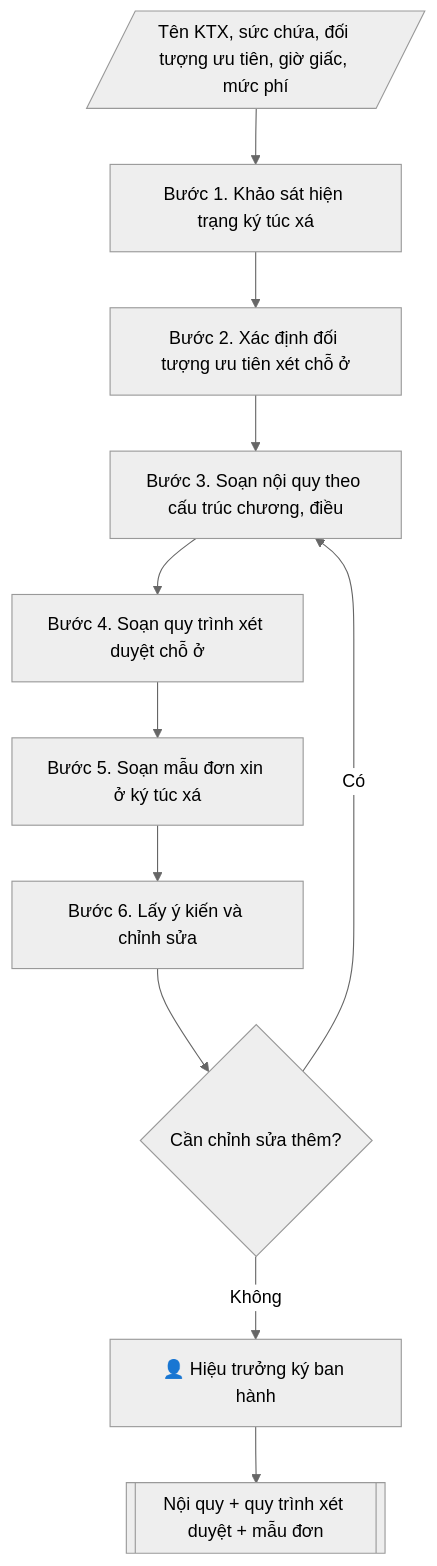
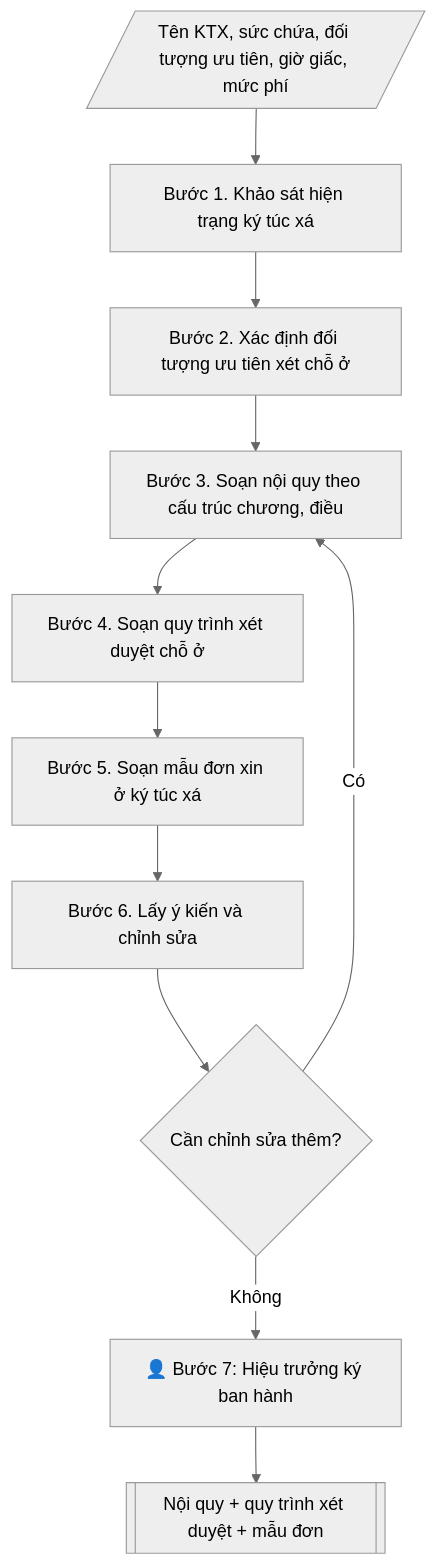
The diagram in skills/noi-quy-ky-tuc-xa/SKILL.md (phamtruong91/dh-skills), drawn with Mermaid (neutral theme) before and after one commit. The commit also changed 124 other files, not shown here.

````diff
--- a/skills/noi-quy-ky-tuc-xa/SKILL.md
+++ b/skills/noi-quy-ky-tuc-xa/SKILL.md
@@ -117,14 +117,14 @@
 ```mermaid
 flowchart TD
     IN[/"Tên KTX, sức chứa, đối tượng ưu tiên, giờ giấc, mức phí"/]
     IN --> A["Bước 1. Khảo sát hiện trạng ký túc xá"]
     A --> B["Bước 2. Xác định đối tượng ưu tiên xét chỗ ở"]
     B --> C["Bước 3. Soạn nội quy theo cấu trúc chương, điều"]
     C --> D["Bước 4. Soạn quy trình xét duyệt chỗ ở"]
     D --> E["Bước 5. Soạn mẫu đơn xin ở ký túc xá"]
     E --> F["Bước 6. Lấy ý kiến và chỉnh sửa"]
     F --> G{"Cần chỉnh sửa thêm?"}
     G -->|Có| C
-    G -->|Không| HG["👤 Hiệu trưởng ký ban hành"]
+    G -->|Không| HG["👤 Bước 7: Hiệu trưởng ký ban hành"]
     HG --> OUT[["Nội quy + quy trình xét duyệt + mẫu đơn"]]
 ```
````
